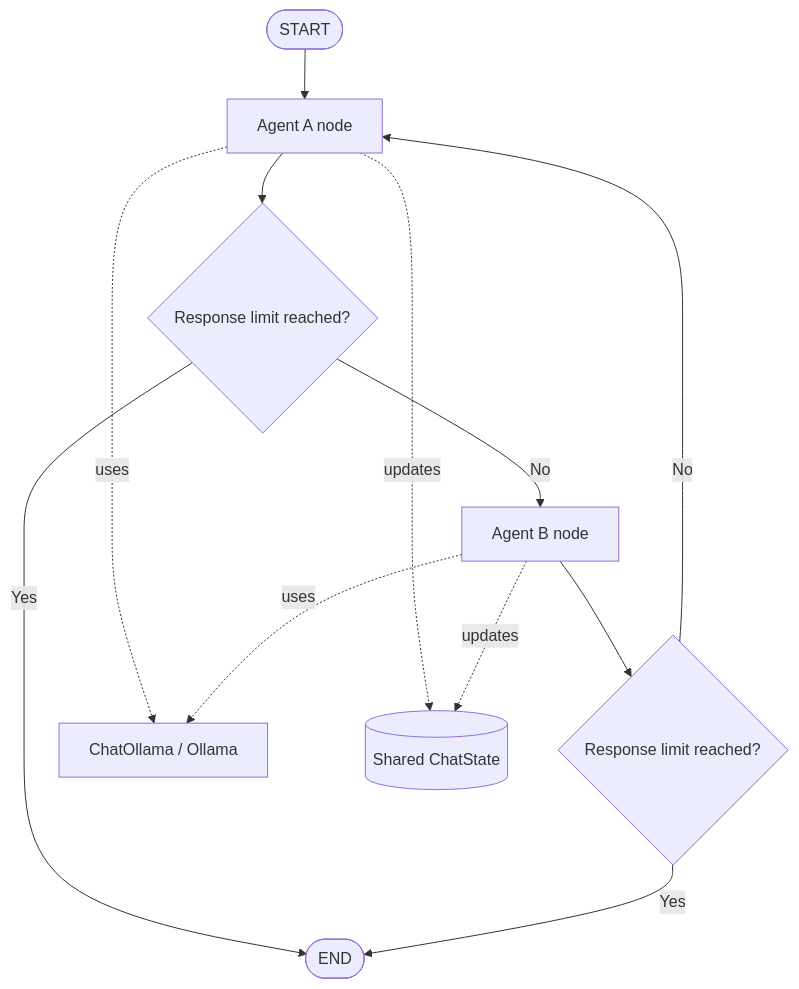
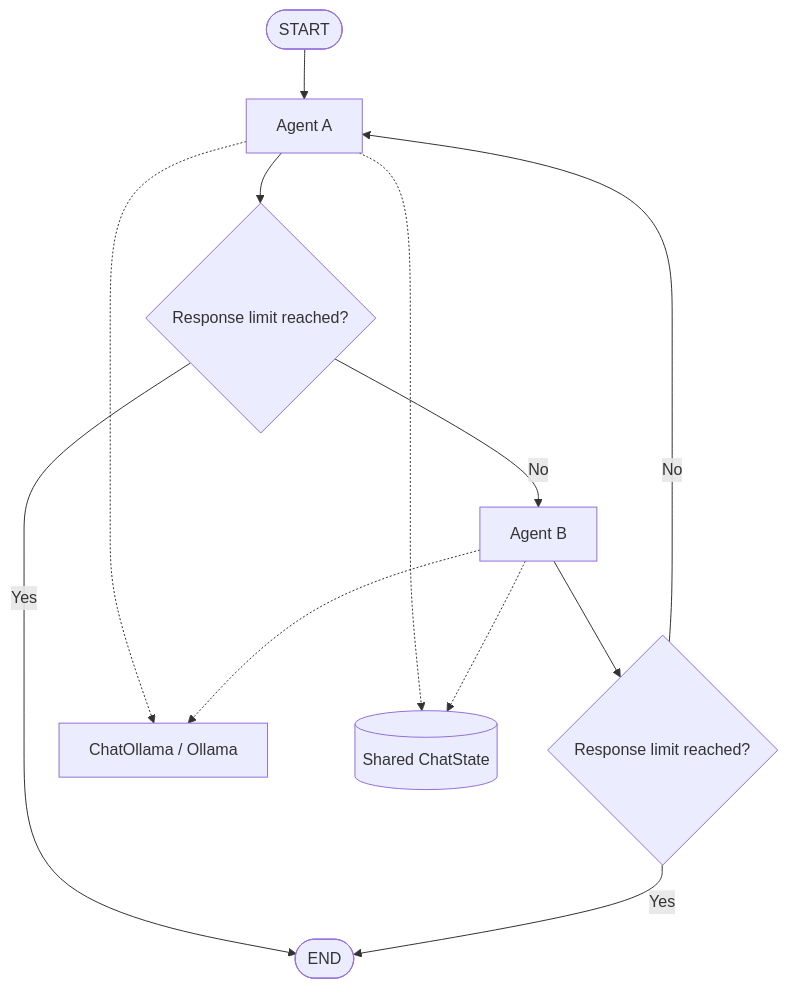
Before and after one commit to ltd-ARYAN-pvt/EmoAgent-Lite: the first of 2 diagrams in README.md, drawn with Mermaid. The commit also changed other lines of this file, not shown here.

````diff
--- a/README.md
+++ b/README.md
@@ -49,14 +69,14 @@
 ```mermaid
 flowchart TD
-    S([START]) --> A[Agent A node]
+    S([START]) --> A[Agent A]
     A --> R1{Response limit reached?}
-    R1 -- No --> B[Agent B node]
+    R1 -- No --> B[Agent B]
     R1 -- Yes --> E([END])
     B --> R2{Response limit reached?}
     R2 -- No --> A
     R2 -- Yes --> E
-    A -. uses .-> L[ChatOllama / Ollama]
-    B -. uses .-> L
-    A -. updates .-> ST[(Shared ChatState)]
-    B -. updates .-> ST
+    A -.-> L[ChatOllama / Ollama]
+    B -.-> L
+    A -.-> ST[(Shared ChatState)]
+    B -.-> ST
 ```
````
